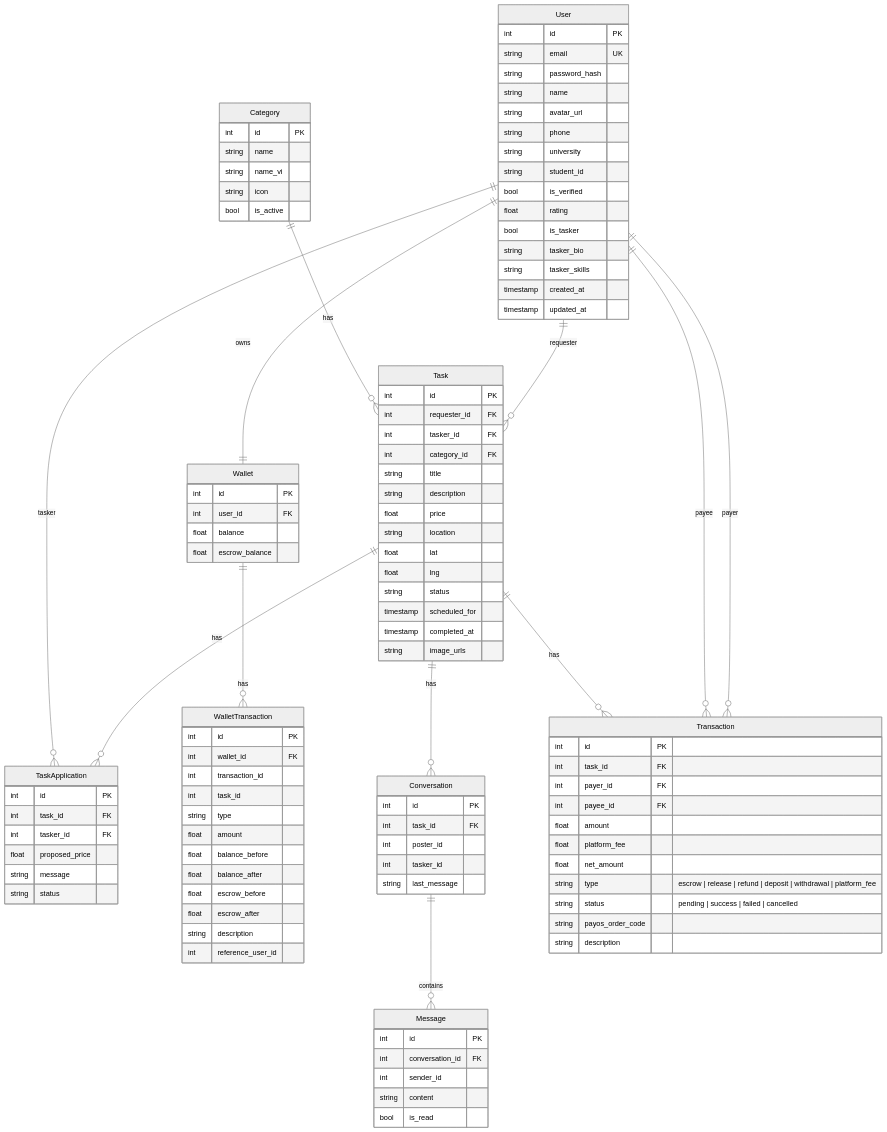
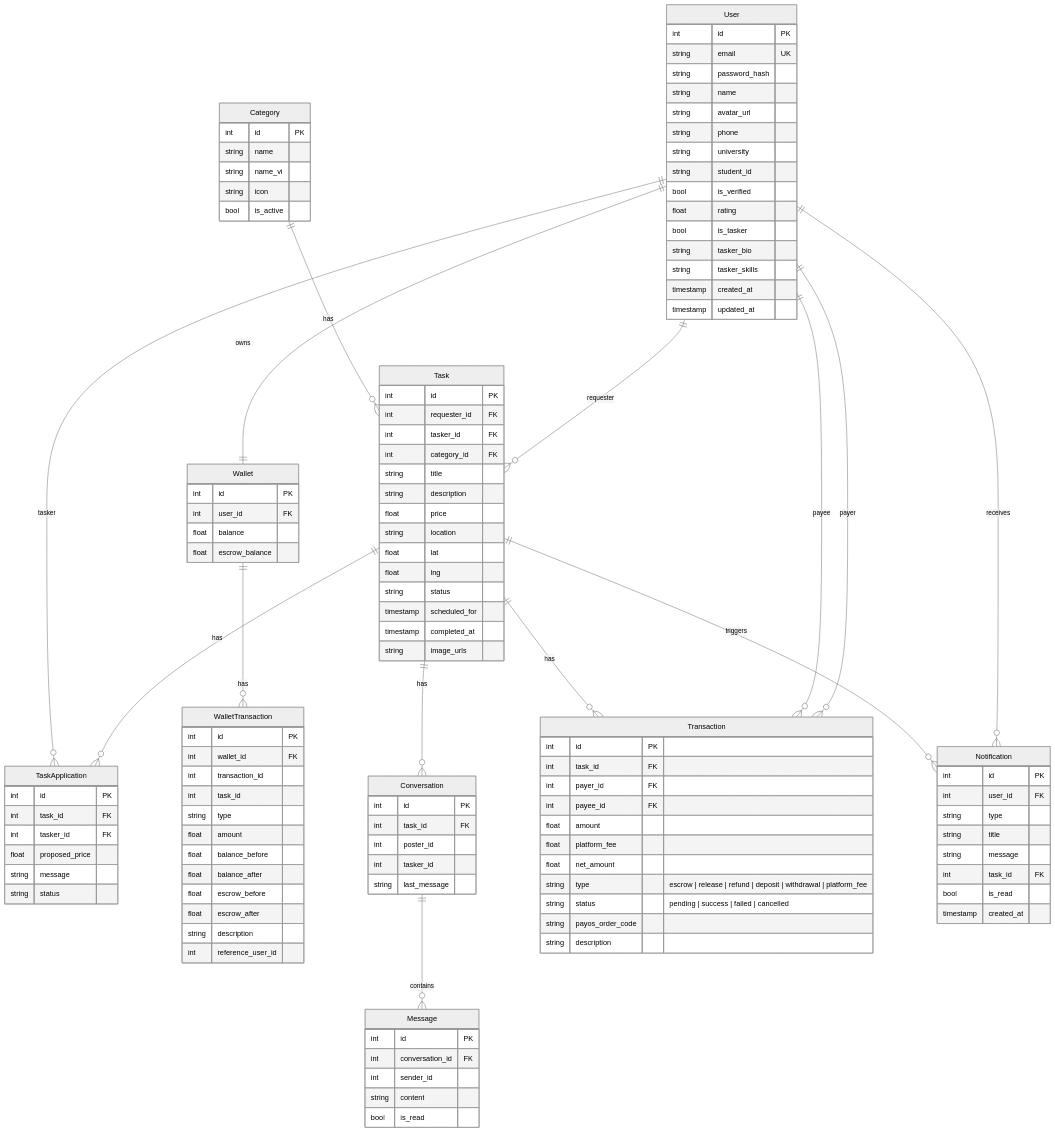
The fourth of 10 diagrams in docs/technical/ARCHITECTURE.md (nhannht/viecz), drawn with Mermaid (neutral theme) before and after one commit. The commit also changed other lines of this file and 5 other files, not shown here.

````diff
--- a/docs/technical/ARCHITECTURE.md
+++ b/docs/technical/ARCHITECTURE.md
@@ -565,6 +573,17 @@
         string description
     }
 
+    Notification {
+        int id PK
+        int user_id FK
+        string type
+        string title
+        string message
+        int task_id FK
+        bool is_read
+        timestamp created_at
+    }
+
     User ||--o{ Task : "requester"
     Category ||--o{ Task : "has"
     Task ||--o{ TaskApplication : "has"
@@ -576,4 +595,6 @@
     User ||--o{ Transaction : "payer"
     User ||--o{ Transaction : "payee"
     Task ||--o{ Transaction : "has"
+    User ||--o{ Notification : "receives"
+    Task ||--o{ Notification : "triggers"
 ```
````
